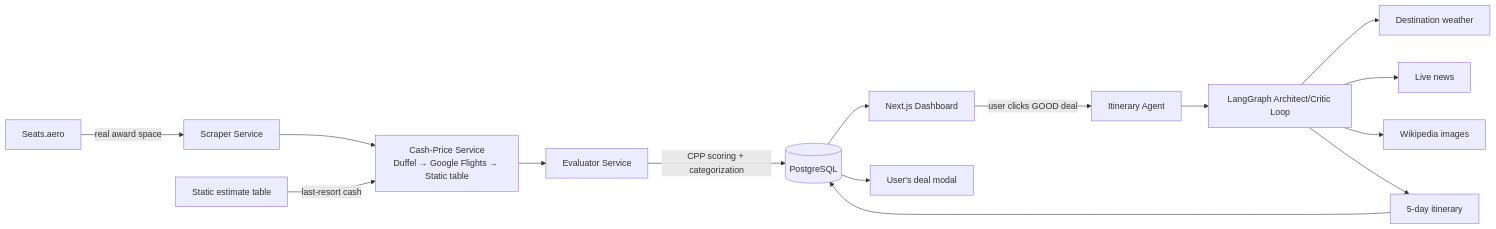
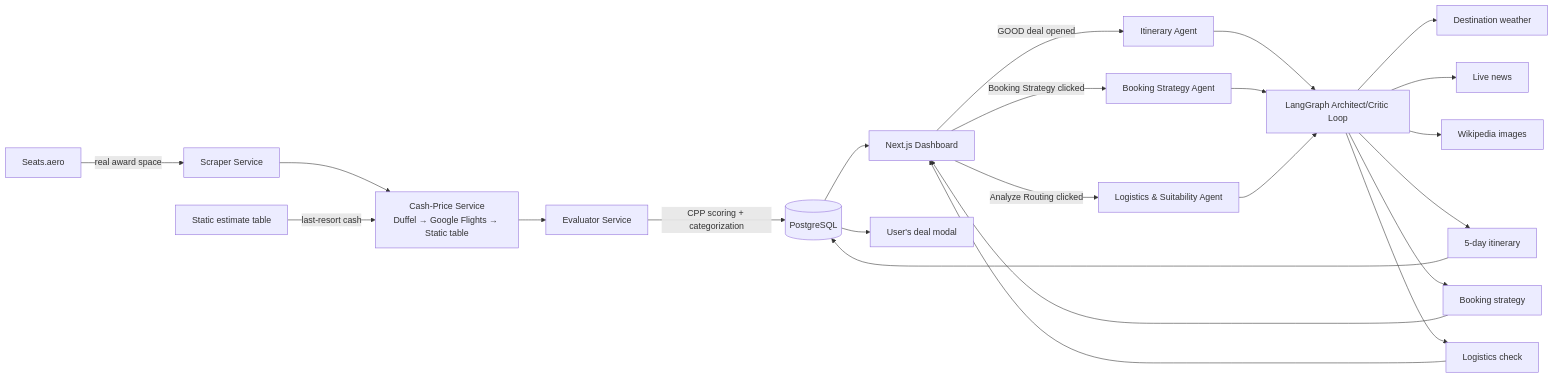
The second of 2 diagrams in README.md (hadileonard08/flight-deal-dashboard), drawn with Mermaid before and after one commit. The commit also changed other lines of this file and 10 other files, not shown here.

Commit message:
Add Booking Strategy and Logistics & Suitability on-demand agents, API routes, UI, and README updates

````diff
--- a/README.md
+++ b/README.md
@@ -179,17 +187,25 @@
 ```mermaid
 flowchart LR
     A[Seats.aero] -->|real award space| B[Scraper Service]
     B --> C[Cash-Price Service<br/>Duffel → Google Flights → Static table]
     S[Static estimate table] -->|last-resort cash| C
     C --> D[Evaluator Service]
     D -->|CPP scoring + categorization| E[(PostgreSQL)]
     E --> F[Next.js Dashboard]
-    F -->|user clicks GOOD deal| G[Itinerary Agent]
+    F -->|GOOD deal opened| G[Itinerary Agent]
+    F -->|Booking Strategy clicked| R[Booking Strategy Agent]
+    F -->|Analyze Routing clicked| T[Logistics & Suitability Agent]
     G --> H[LangGraph Architect/Critic Loop]
+    R --> H
+    T --> H
     H --> I[Destination weather]
     H --> J[Live news]
     H --> K[Wikipedia images]
     H --> L[5-day itinerary]
+    H --> M[Booking strategy]
+    H --> N[Logistics check]
     L --> E
-    E --> M[User's deal modal]
+    M --> F
+    N --> F
+    E --> P[User's deal modal]
 ```
````
